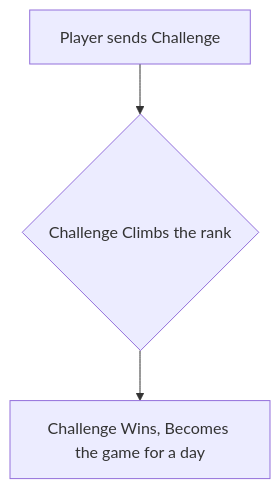
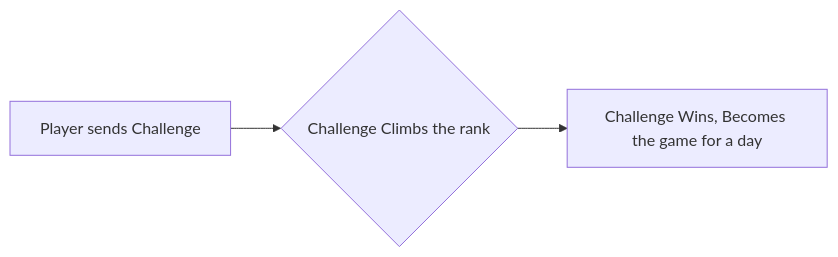
Before and after one commit to OnChainSurvivor/OnChainSurvivor: the second of 6 diagrams in README.md, drawn with Mermaid.

````diff
--- a/README.md
+++ b/README.md
@@ -25,5 +25,5 @@
 ```mermaid
-flowchart TD
+flowchart LR
     X[Player sends Challenge] --> Y{Challenge Climbs the rank}
     Y --> Z[Challenge Wins, Becomes the game for a day]
 ```
````
